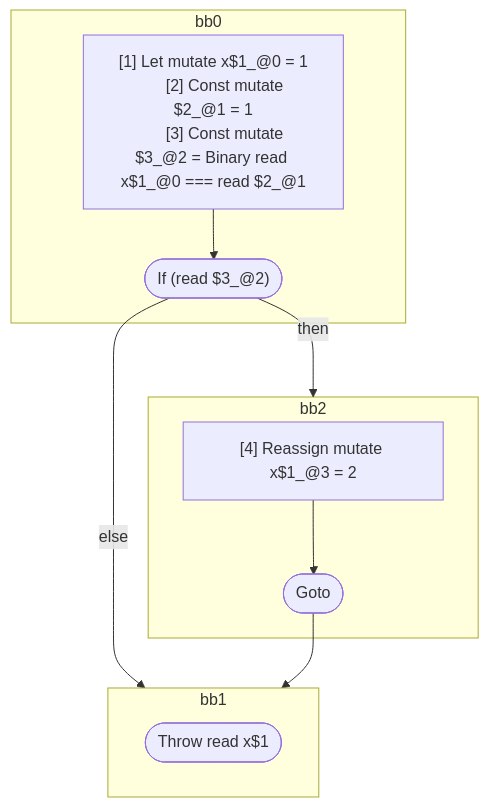
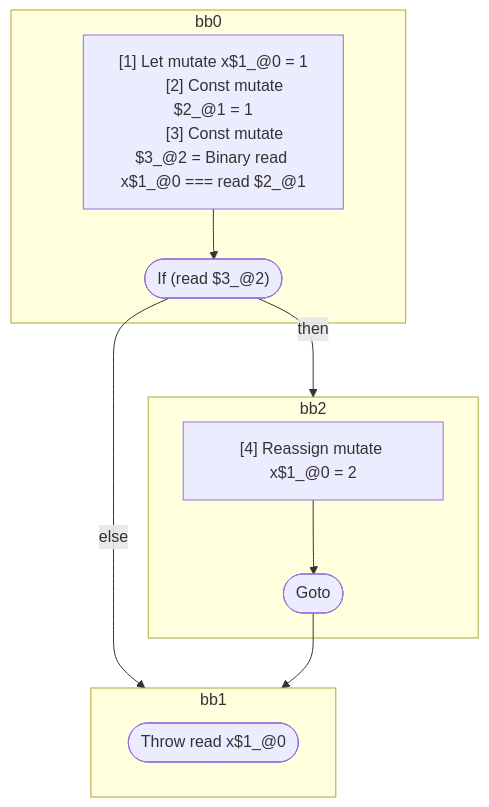
Before and after one commit to wutsmog/private: the diagram in compiler/forget/src/__tests__/fixtures/hir/ssa-throw.expect.md, drawn with Mermaid. The commit also changed other lines of this file and 18 other files, not shown here.

````diff
--- a/compiler/forget/src/__tests__/fixtures/hir/ssa-throw.expect.md
+++ b/compiler/forget/src/__tests__/fixtures/hir/ssa-throw.expect.md
@@ -34,27 +34,27 @@
 ```mermaid
 flowchart TB
   %% Basic Blocks
   subgraph bb0
     bb0_instrs["
       [1] Let mutate x$1_@0 = 1
       [2] Const mutate $2_@1 = 1
       [3] Const mutate $3_@2 = Binary read x$1_@0 === read $2_@1
     "]
     bb0_instrs --> bb0_terminal(["If (read $3_@2)"])
   end
   subgraph bb2
     bb2_instrs["
-      [4] Reassign mutate x$1_@3 = 2
+      [4] Reassign mutate x$1_@0 = 2
     "]
     bb2_instrs --> bb2_terminal(["Goto"])
   end
   subgraph bb1
-    bb1_terminal(["Throw read x$1"])
+    bb1_terminal(["Throw read x$1_@0"])
   end
 
   %% Jumps
   bb0_terminal -- then --> bb2
   bb0_terminal -- else --> bb1
   bb2_terminal --> bb1
 
 ```
````
